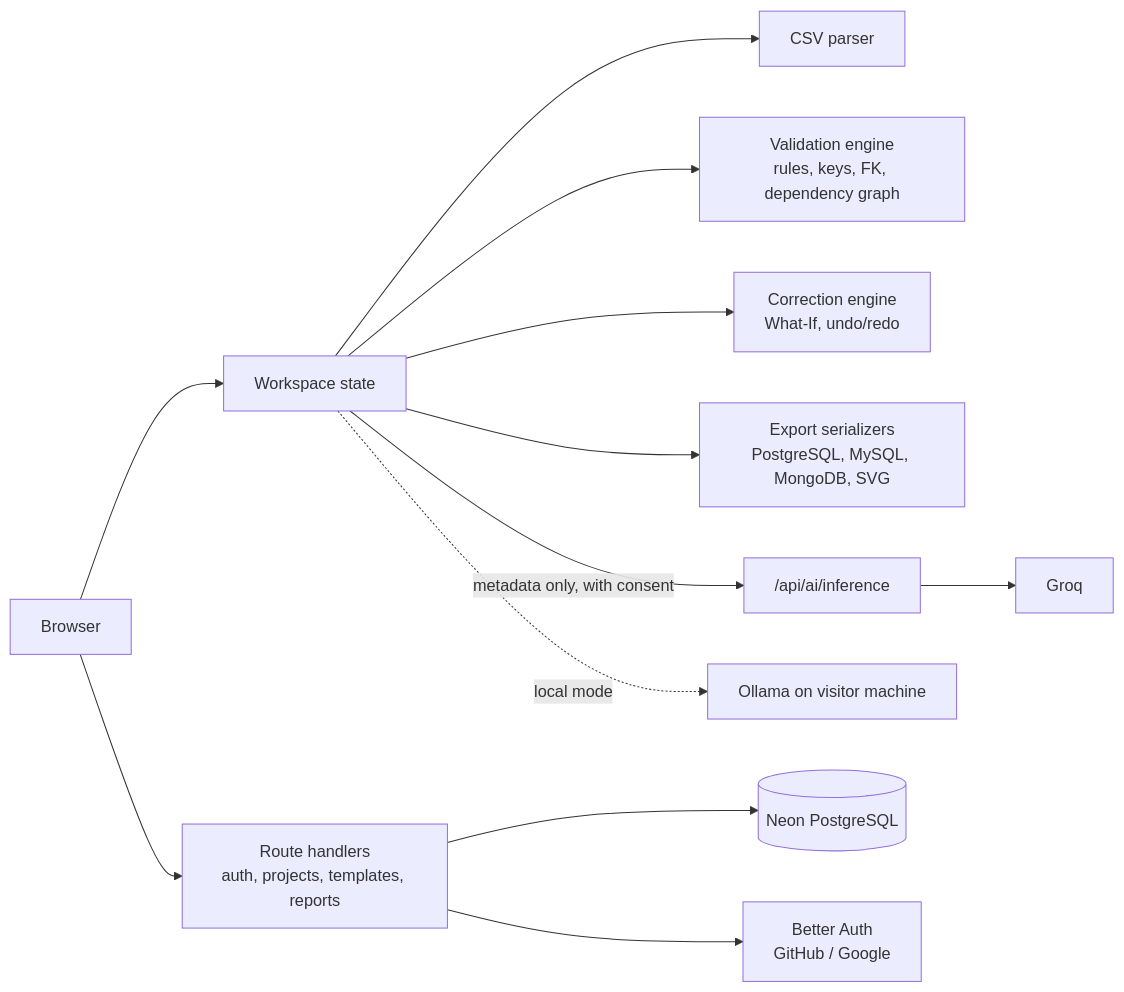
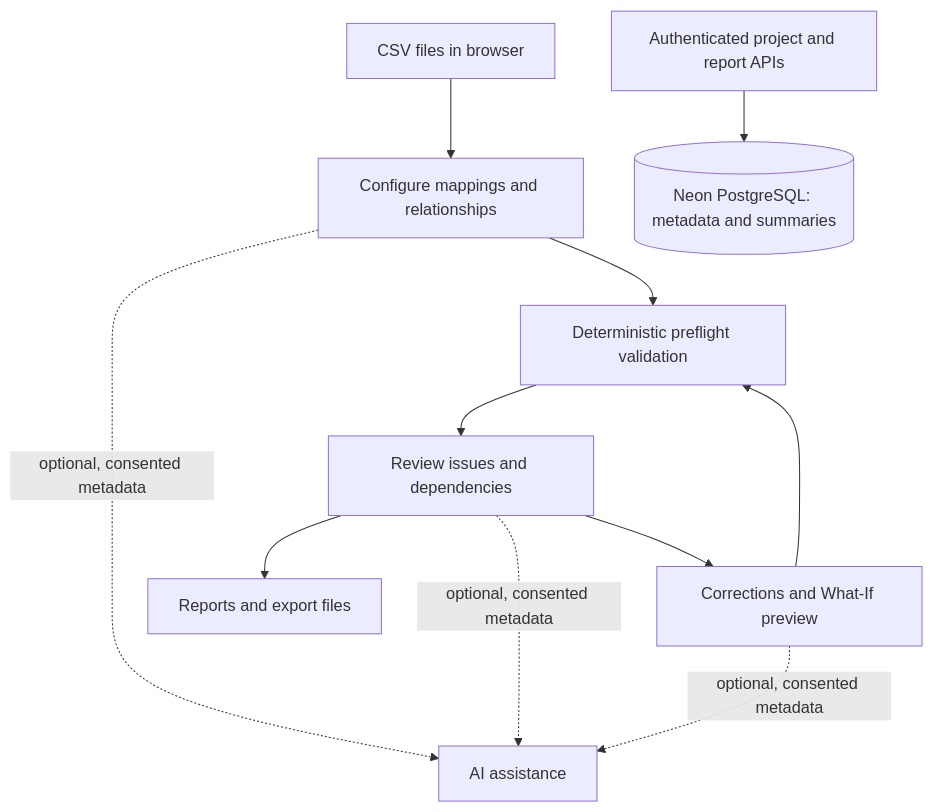
Before and after one commit to dharamdan01/rowzen-showcase: the diagram in README.md, drawn with Mermaid. The commit also changed other lines of this file and 3 other files, not shown here.

````diff
--- a/README.md
+++ b/README.md
@@ -80,14 +52,13 @@
 ```mermaid
-flowchart LR
-    U[Browser] --> W[Workspace state]
-    W --> P[CSV parser]
-    W --> E[Validation engine<br/>rules, keys, FK, dependency graph]
-    W --> C[Correction engine<br/>What-If, undo/redo]
-    W --> X[Export serializers<br/>PostgreSQL, MySQL, MongoDB, SVG]
-    W -->|metadata only, with consent| A["/api/ai/inference"]
-    A --> G[Groq]
-    W -.local mode.-> O[Ollama on visitor machine]
-    U --> API[Route handlers<br/>auth, projects, templates, reports]
-    API --> D[(Neon PostgreSQL)]
-    API --> B[Better Auth<br/>GitHub / Google]
+flowchart TD
+    A[CSV files in browser] --> B[Configure mappings and relationships]
+    B --> C[Deterministic preflight validation]
+    C --> D[Review issues and dependencies]
+    D --> E[Corrections and What-If preview]
+    E --> C
+    D --> F[Reports and export files]
+    B -. optional, consented metadata .-> G[AI assistance]
+    D -. optional, consented metadata .-> G
+    E -. optional, consented metadata .-> G
+    H[Authenticated project and report APIs] --> I[(Neon PostgreSQL: metadata and summaries)]
 ```
````
